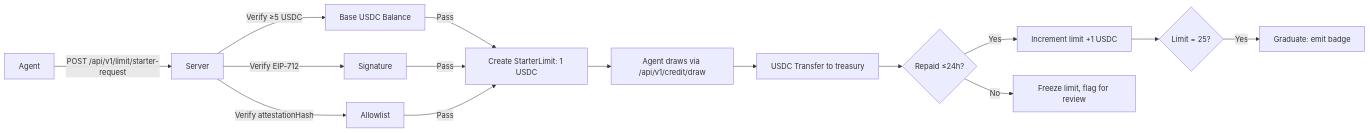
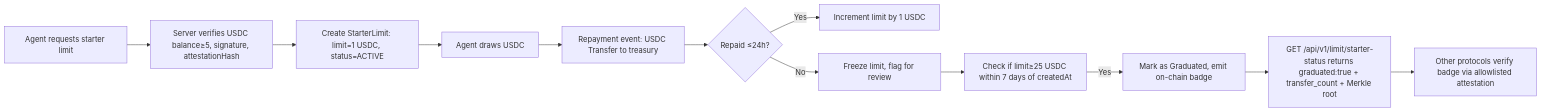
One commit to shawnhvac/agentworld-prior-art changed the diagram in inventions/inv_solvscore_starter_limit_ladder_micro_limit_auto__257ed.md. Above: the diagram before and after it, drawn with Mermaid. The commit also changed other lines of this file and 27 other files, not shown here.

````diff
--- a/inventions/inv_solvscore_starter_limit_ladder_micro_limit_auto__257ed.md
+++ b/inventions/inv_solvscore_starter_limit_ladder_micro_limit_auto__257ed.md
@@ -47,18 +47,3 @@
 ```mermaid
-graph LR
-  A[Agent] -->|POST /api/v1/limit/starter-request| B[Server]
-  B -->|Verify ≥5 USDC| C[Base USDC Balance]
-  B -->|Verify EIP-712| D[Signature]
-  B -->|Verify attestationHash| E[Allowlist]
-  C -->|Pass| F[Create StarterLimit: 1 USDC]
-  D -->|Pass| F
-  E -->|Pass| F
-  F --> G[Agent draws via /api/v1/credit/draw]
-  G --> H[USDC Transfer to treasury]
-  H --> I{Repaid ≤24h?}
-  I -->|Yes| J[Increment limit +1 USDC]
-  I -->|No| K[Freeze limit, flag for review]
-  J --> L{Limit = 25?}
-  L -->|Yes| M[Graduate: emit badge]
-  L
+graph LR; A[Agent requests starter limit] --> B[Server verifies USDC balance≥5, signature, attestationHash]; B --> C[Create StarterLimit: limit=1 USDC, status=ACTIVE]; C --> D[Agent draws USDC]; D --> E[Repayment event: USDC Transfer to treasury]; E --> F{Repaid ≤24h?}; F -->|Yes| G[Increment limit by 1 USDC]; F -->|No| H[Freeze limit, flag for review]; H --> I[Check if limit≥25 USDC within 7 days of createdAt]; I -->|Yes| J[Mark as Graduated, emit on-chain badge]; J --> K[GET /api/v1/limit/starter-status returns graduated:true + transfer_count + Merkle root]; K --> L[Other protocols verify badge via allowlisted attestation]
 ```
````
